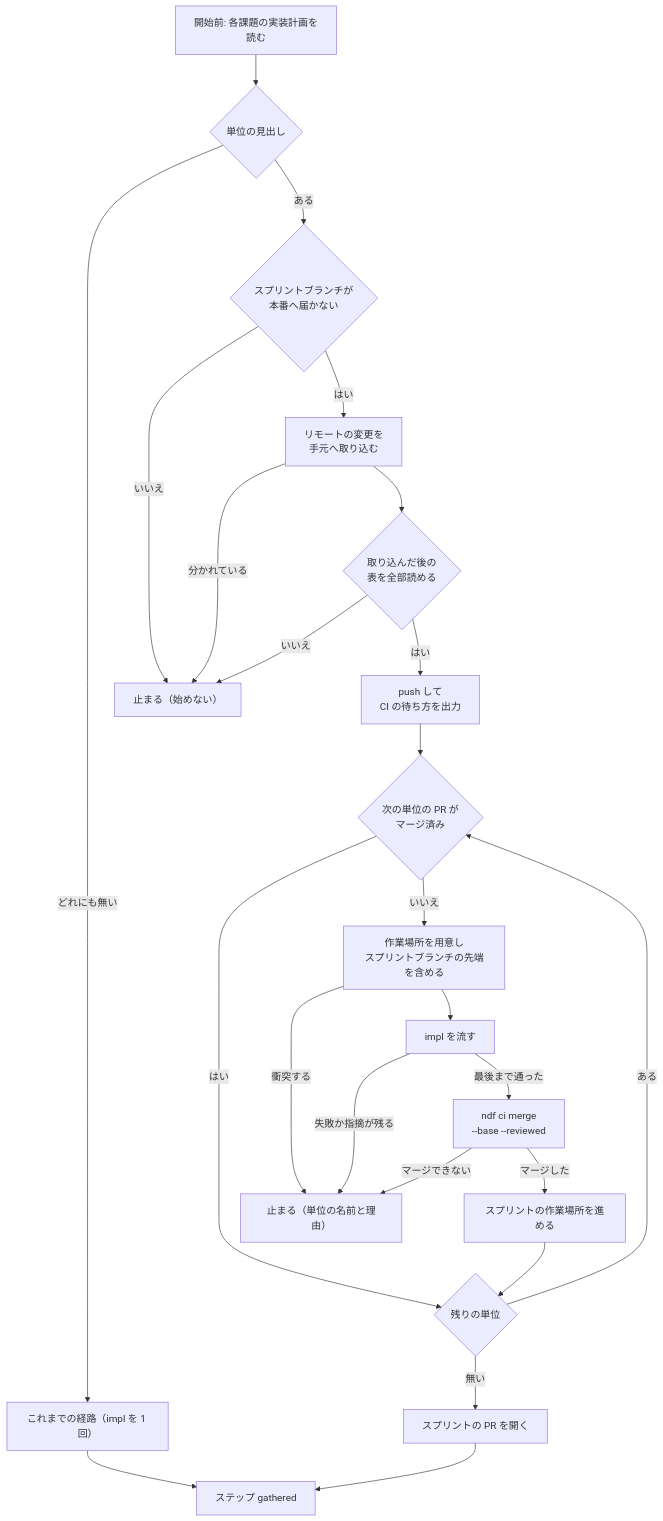
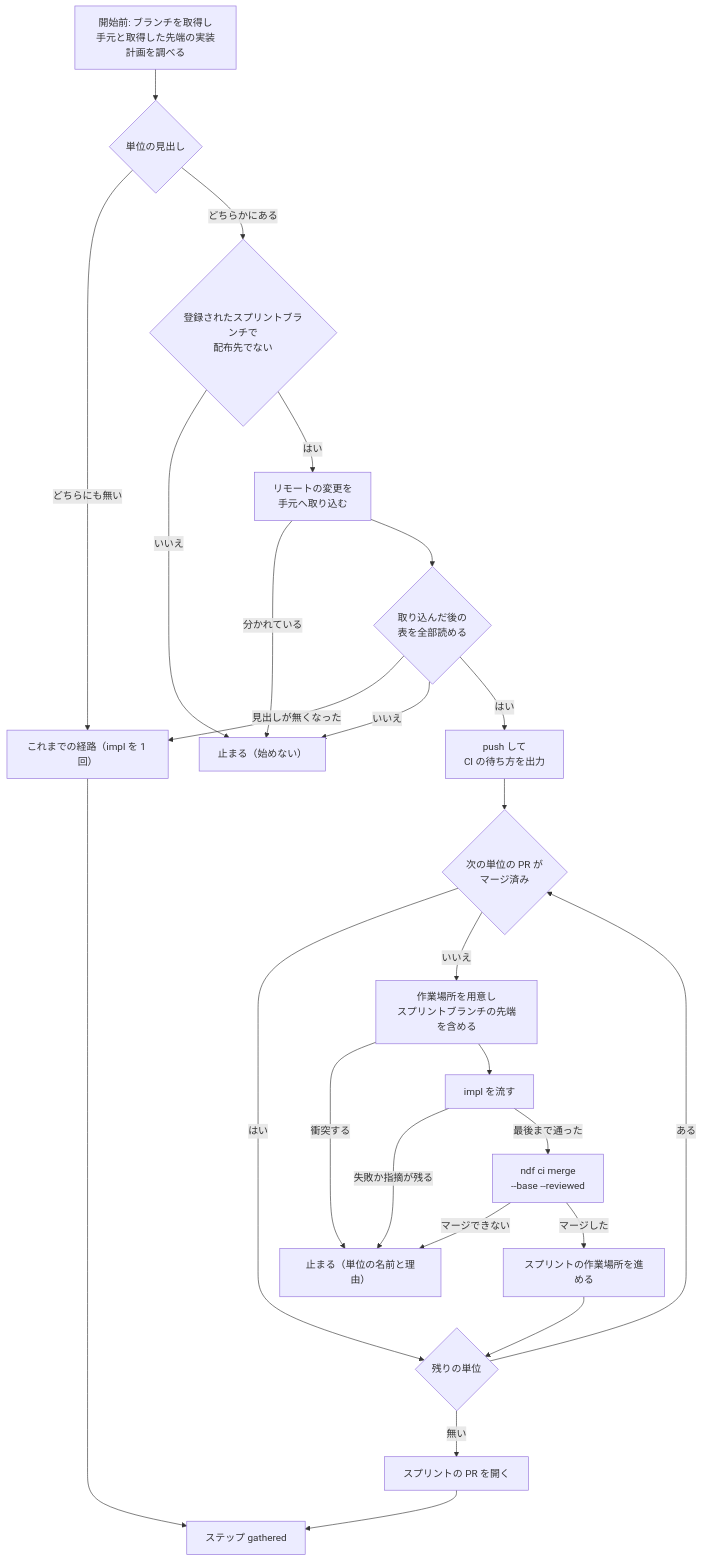
The third of 3 diagrams in issues/issue-4369-design.md (devbasex/ai-plugins), drawn with Mermaid before and after one commit. The commit also changed other lines of this file and 1 other file, not shown here.

````diff
--- a/issues/issue-4369-design.md
+++ b/issues/issue-4369-design.md
@@ -204,26 +204,27 @@
 ```mermaid
 flowchart TB
-  A["開始前: 各課題の実装計画を読む"] --> B{"単位の見出し"}
-  B -->|どれにも無い| C["これまでの経路（impl を 1 回）"]
-  B -->|ある| D{"スプリントブランチが<br/>本番へ届かない"}
+  A["開始前: ブランチを取得し<br/>手元と取得した先端の実装計画を調べる"] --> B{"単位の見出し"}
+  B -->|どちらにも無い| C["これまでの経路（impl を 1 回）"]
+  B -->|どちらかにある| D{"登録されたスプリントブランチで<br/>配布先でない"}
   D -->|いいえ| E["止まる（始めない）"]
   D -->|はい| F["リモートの変更を<br/>手元へ取り込む"]
   F -->|分かれている| E
   F --> R{"取り込んだ後の<br/>表を全部読める"}
+  R -->|見出しが無くなった| C
   R -->|いいえ| E
   R -->|はい| S["push して<br/>CI の待ち方を出力"]
   S --> H{"次の単位の PR が<br/>マージ済み"}
   H -->|はい| N{"残りの単位"}
   H -->|いいえ| W["作業場所を用意し<br/>スプリントブランチの先端を含める"]
   W -->|衝突する| X
   W --> P["impl を流す"]
   P -->|失敗か指摘が残る| X["止まる（単位の名前と理由）"]
   P -->|最後まで通った| M["ndf ci merge<br/>--base --reviewed"]
   M -->|マージできない| X
   M -->|マージした| V["スプリントの作業場所を進める"]
   V --> N
   N -->|ある| H
   N -->|無い| Z["スプリントの PR を開く"]
   Z --> G["ステップ gathered"]
   C --> G
 ```
````
